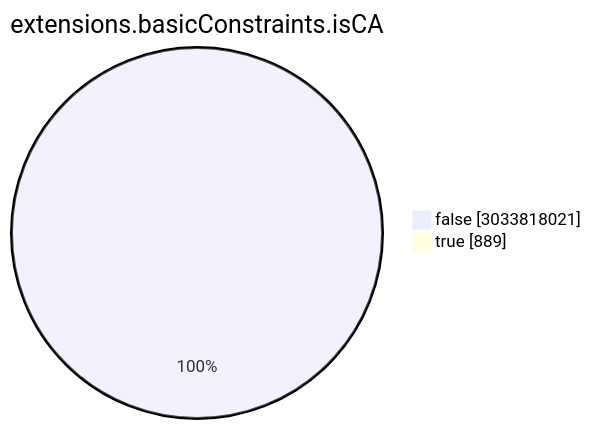
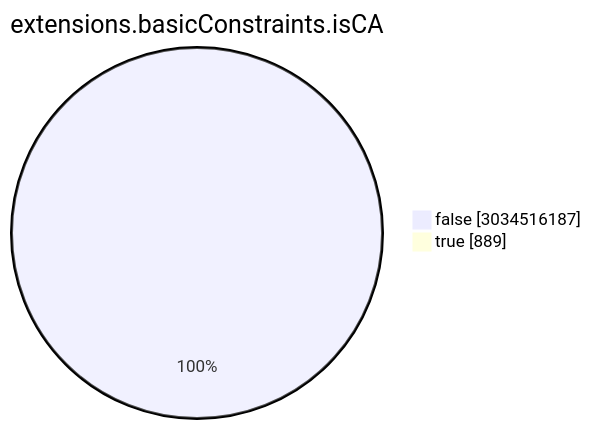
The seventh of 15 diagrams in TOTAL/README.md (christiankrug/ctmonitor_visualization), drawn with Mermaid before and after one commit. The commit also changed other lines of this file, not shown here.

````diff
--- a/TOTAL/README.md
+++ b/TOTAL/README.md
@@ -3088,6 +3088,6 @@
 ```mermaid
 pie showData
 title extensions.basicConstraints.isCA
-"false" :3033818021
+"false" :3034516187
 "true" :889
 ```
````
